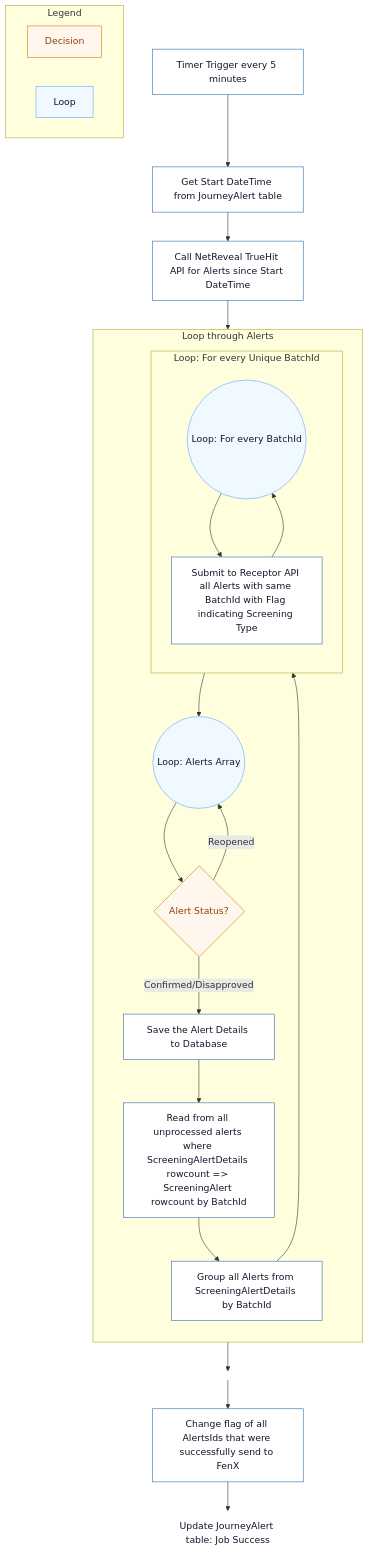
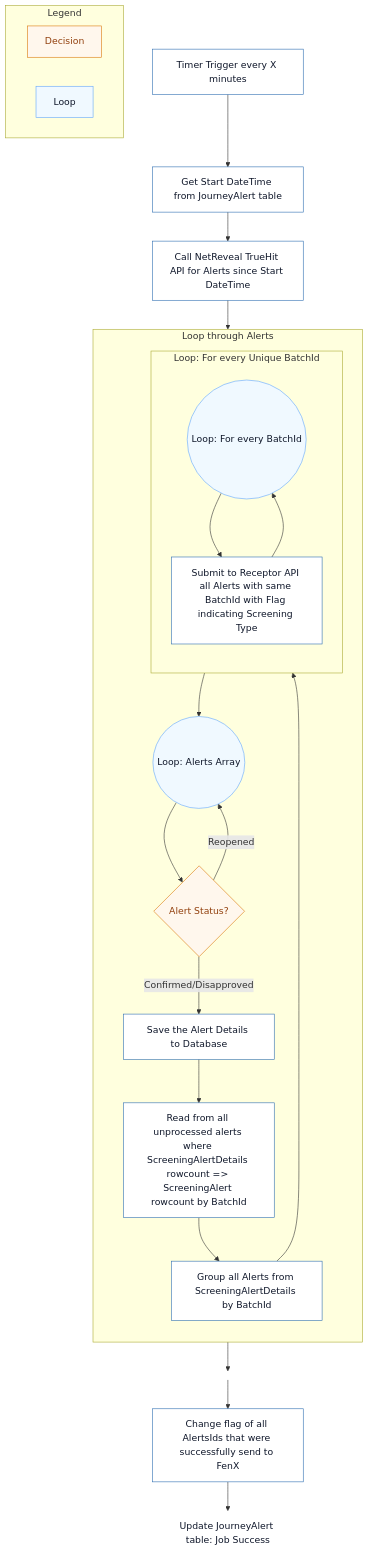
The diagram in Arch_Diagrams/v1/AlertsFlowv2.mmd (jojokoshy/Architecture_Diagrams_Python_AI), drawn with Mermaid before and after one commit. The commit also changed 9 other files, not shown here.

```diff
--- a/Arch_Diagrams/v1/AlertsFlowv2.mmd
+++ b/Arch_Diagrams/v1/AlertsFlowv2.mmd
@@ -1,50 +1,50 @@
 
 %%{init: {"theme":"default","themeVariables": {"background":"#ffffff","fontSize":"14"}}}%%
 flowchart TB
 
 %% Shared styles
 classDef step fill:#ffffff,stroke:#2b6cb0,color:#0f172a,stroke-width:1px;
 classDef decision fill:#fff7ed,stroke:#d97706,color:#92400e,stroke-width:1px;
 classDef loop fill:#f0f9ff,stroke:#60a5fa,color:#0f172a,stroke-width:1px;
 classDef footer fill:#ffffff,stroke:none,color:#0f172a;
 
 %% Main Flow
 
-A[Timer Trigger every 5 minutes]:::step --> B[Get Start DateTime from JourneyAlert table]:::step
+A[Timer Trigger every X minutes]:::step --> B[Get Start DateTime from JourneyAlert table]:::step
 B --> C[Call NetReveal TrueHit API for Alerts since Start DateTime]:::step
 
 %% loop entry after C
 C --> AlertsLoopStart((Loop: Alerts Array)):::loop
 
 subgraph AlertsLoop [Loop through Alerts]
 	direction TB
 	AlertsLoopStart --> D{Alert Status?}:::decision
 	D -->|Confirmed/Disapproved| E[Save the Alert Details to Database]:::step
 	D -->|Reopened| AlertsLoopStart
 
 	E --> F1[Read from all unprocessed alerts where ScreeningAlertDetails rowcount => ScreeningAlert rowcount by BatchId]:::step
 	
 	F1 --> J1[Group all Alerts from ScreeningAlertDetails by BatchId ]:::step
 
 	J1 --> BatchLoopStart((Loop: For every BatchId)):::loop
 
 	subgraph BatchLoop [Loop: For every Unique BatchId  ]
 		direction TB
 		BatchLoopStart --> J2[ Submit to Receptor API all Alerts with same BatchId with Flag indicating Screening Type]:::step
 		J2 --> BatchLoopStart
 	end
 
 	BatchLoop --> AlertsLoopStart
 end
 
 %% Legend
 subgraph Legend [Legend]
 	direction LR
 	L2[Decision]:::decision
 	L3[Loop]:::loop	
 end
 
 AlertsLoop --> BottomAnchor(( ))
 BottomAnchor --> N[Change flag of all AlertsIds that were successfully send to FenX]:::step
 N --> O[Update JourneyAlert table: Job Success]:::footer
 class BottomAnchor footer
```
